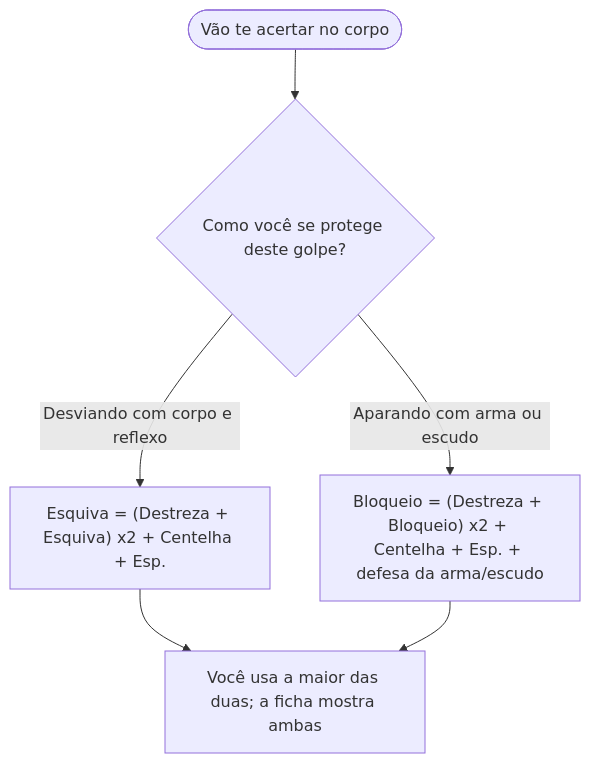
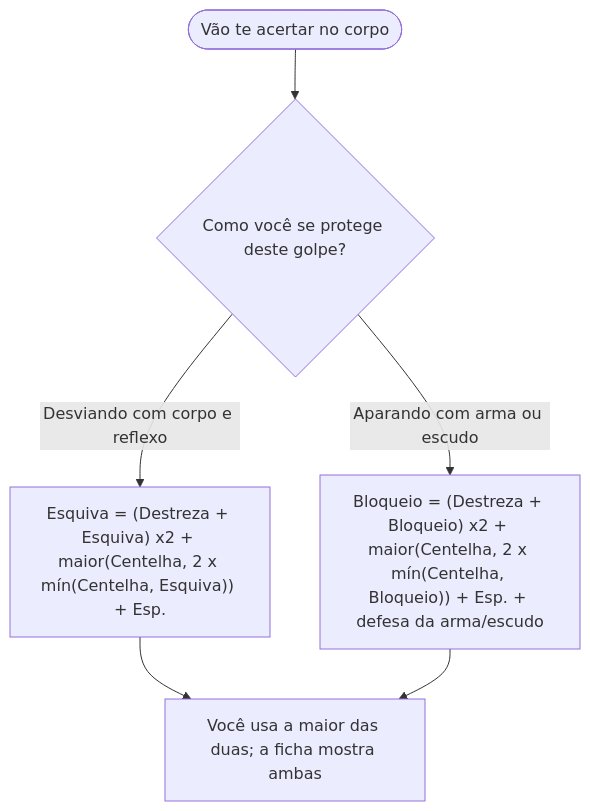
One commit to f-neves/centelha-rpg changed the fifth of 6 diagrams in src/content/chapters/qual-sistema.md. Above: the diagram before and after it, drawn with Mermaid. The commit also changed 19 other files, not shown here.

````diff
--- a/src/content/chapters/qual-sistema.md
+++ b/src/content/chapters/qual-sistema.md
@@ -84,8 +84,8 @@
 ```mermaid
 flowchart TD
   D(["Vão te acertar no corpo"]) --> D1{"Como você se protege deste golpe?"}
-  D1 -->|"Desviando com corpo e reflexo"| DE["Esquiva = (Destreza + Esquiva) x2 + Centelha + Esp."]
-  D1 -->|"Aparando com arma ou escudo"| DB["Bloqueio = (Destreza + Bloqueio) x2 + Centelha + Esp. + defesa da arma/escudo"]
+  D1 -->|"Desviando com corpo e reflexo"| DE["Esquiva = (Destreza + Esquiva) x2 + maior(Centelha, 2 x mín(Centelha, Esquiva)) + Esp."]
+  D1 -->|"Aparando com arma ou escudo"| DB["Bloqueio = (Destreza + Bloqueio) x2 + maior(Centelha, 2 x mín(Centelha, Bloqueio)) + Esp. + defesa da arma/escudo"]
   DE --> N["Você usa a maior das duas; a ficha mostra ambas"]
   DB --> N
 ```
````
